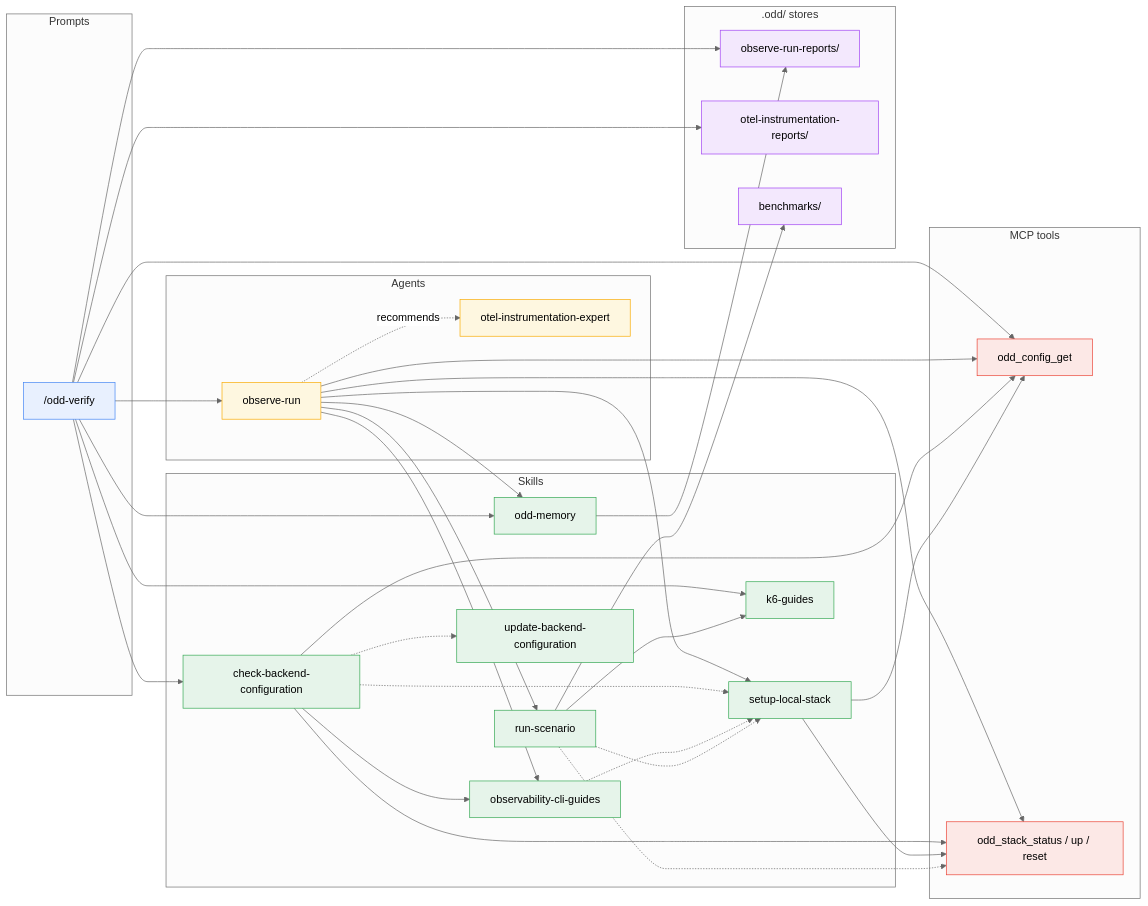
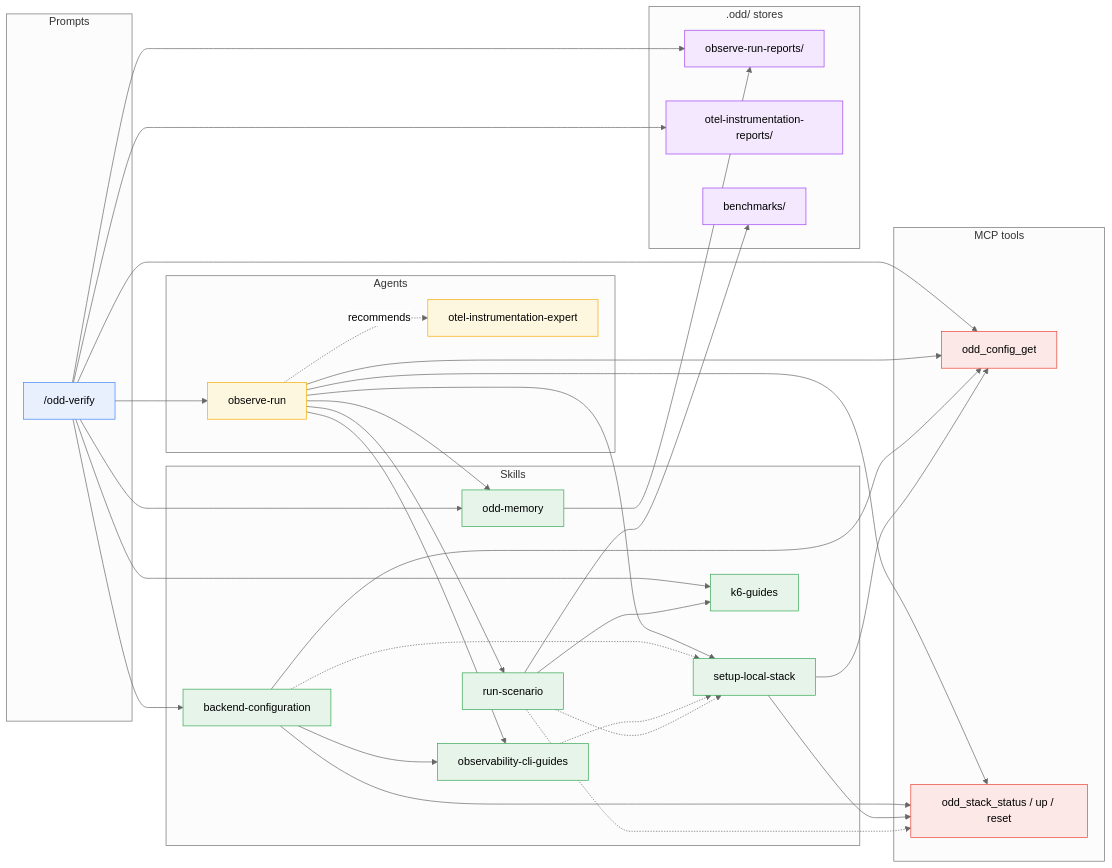
The fourth of 7 diagrams in docs/guide/dependencies.md (using-system/oddyssey), drawn with Mermaid (neutral theme) before and after one commit. The commit also changed other lines of this file and 14 other files, not shown here.

First line of the commit message:
feat(skill): backend-configuration - one skill for the check and the switch of the configured backend

````diff
--- a/docs/guide/dependencies.md
+++ b/docs/guide/dependencies.md
@@ -232,75 +230,73 @@
 ```mermaid
 flowchart LR
   subgraph Prompts
     verify["/odd-verify"]
   end
 
   subgraph Agents
     runner[observe-run]
     expert[otel-instrumentation-expert]
   end
 
   subgraph Skills
-    cbc[check-backend-configuration]
+    bc[backend-configuration]
     ocg[observability-cli-guides]
     sls[setup-local-stack]
     rs[run-scenario]
     kg[k6-guides]
     mem[odd-memory]
-    ubc[update-backend-configuration]
   end
 
   subgraph MCP["MCP tools"]
     cfgget[odd_config_get]
     stack[odd_stack_status / up / reset]
   end
 
   subgraph Stores[".odd/ stores"]
     obsdir[observe-run-reports/]
     insdir[otel-instrumentation-reports/]
     benchdir[benchmarks/]
   end
 
   verify --> runner
-  verify --> cbc
+  verify --> bc
   verify --> mem
   verify --> cfgget
   verify --> kg
   verify --> obsdir
   verify --> insdir
   mem --> obsdir
 
   runner --> ocg
   runner --> sls
   runner --> rs
   runner --> mem
   runner --> cfgget
   runner --> stack
   runner -. recommends .-> expert
 
-  cbc -.-> sls
-  cbc -.-> ubc
-  cbc --> ocg
-  cbc --> cfgget
-  cbc --> stack
+  bc -.-> sls
+  bc --> ocg
+  bc --> cfgget
+  bc --> stack
   ocg -.-> sls
   sls --> cfgget
   sls --> stack
   rs -.-> stack
   rs -.-> sls
   rs --> kg
   rs --> benchdir
 
 
 
   classDef prompt fill:#e8f0fe,stroke:#4285f4
   classDef agent fill:#fef7e0,stroke:#f9ab00
   classDef skill fill:#e6f4ea,stroke:#34a853
   classDef mcp fill:#fce8e6,stroke:#ea4335
   classDef store fill:#f3e8fd,stroke:#a142f4
   class verify prompt
   class runner,expert agent
-  class cbc,ocg,sls,rs,kg,mem,ubc skill
+  class bc,ocg,sls,rs,kg,mem skill
   class cfgget,stack mcp
   class obsdir,insdir,benchdir store
 ```
````
